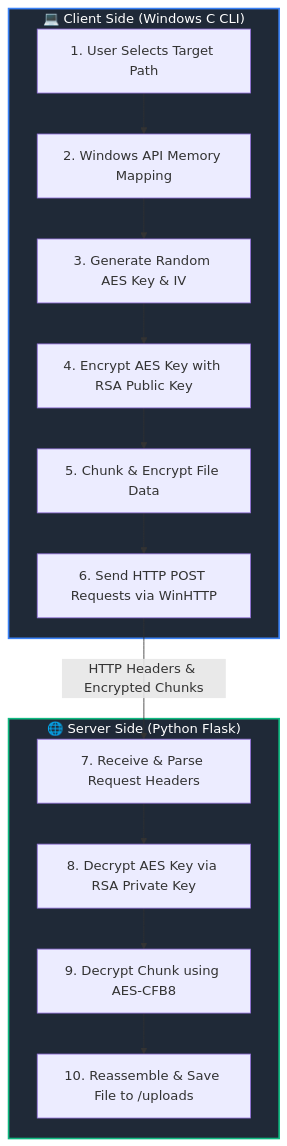
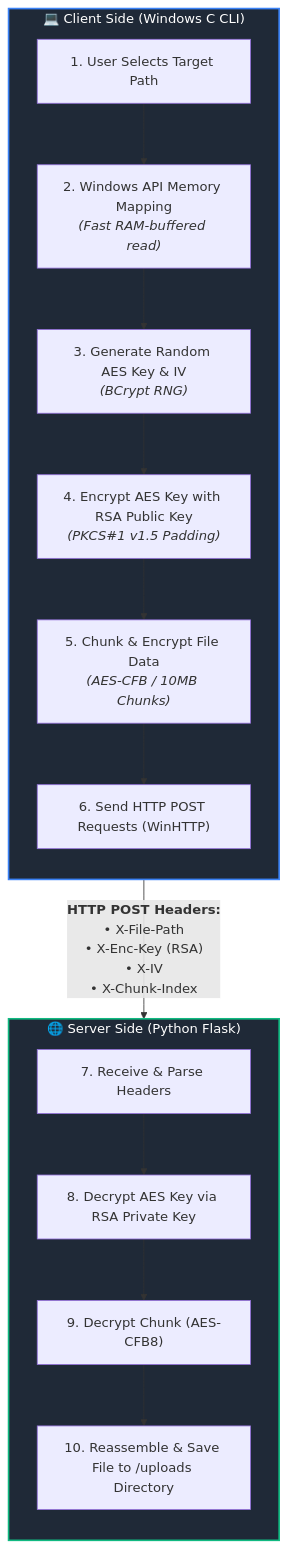
The diagram in README.md (0xErSHaD/IronBridge), drawn with Mermaid before and after one commit. The commit also changed other lines of this file, not shown here.

````diff
--- a/README.md
+++ b/README.md
@@ -21,20 +29,29 @@
 ```mermaid
 graph TD
     subgraph Client ["💻 Client Side (Windows C CLI)"]
-        A[1. User Selects Target Path] --> B[2. Windows API Memory Mapping]
-        B --> C[3. Generate Random AES Key & IV]
-        C --> D[4. Encrypt AES Key with RSA Public Key]
-        D --> E[5. Chunk & Encrypt File Data]
-        E --> F[6. Send HTTP POST Requests via WinHTTP]
+        direction TB
+        A["1. User Selects Target Path"]
+        B["2. Windows API Memory Mapping<br/><i>(Fast RAM-buffered read)</i>"]
+        C["3. Generate Random AES Key & IV<br/><i>(BCrypt RNG)</i>"]
+        D["4. Encrypt AES Key with RSA Public Key<br/><i>(PKCS#1 v1.5 Padding)</i>"]
+        E["5. Chunk & Encrypt File Data<br/><i>(AES-CFB / 10MB Chunks)</i>"]
+        F["6. Send HTTP POST Requests (WinHTTP)"]
+
+        A --> B --> C --> D --> E --> F
     end
 
     subgraph Server ["🌐 Server Side (Python Flask)"]
-        F -->|HTTP Headers & Encrypted Chunks| G[7. Receive & Parse Request Headers]
-        G --> H[8. Decrypt AES Key via RSA Private Key]
-        H --> I[9. Decrypt Chunk using AES-CFB8]
-        I --> J[10. Reassemble & Save File to /uploads]
+        direction TB
+        G["7. Receive & Parse Headers"]
+        H["8. Decrypt AES Key via RSA Private Key"]
+        I["9. Decrypt Chunk (AES-CFB8)"]
+        J["10. Reassemble & Save File to /uploads Directory"]
+
+        G --> H --> I --> J
     end
+
+    F -->|"<b>HTTP POST Headers:</b><br/>• X-File-Path<br/>• X-Enc-Key (RSA)<br/>• X-IV<br/>• X-Chunk-Index"| G
 
     style Client fill:#1f2937,stroke:#3b82f6,stroke-width:2px,color:#fff
     style Server fill:#1f2937,stroke:#10b981,stroke-width:2px,color:#fff
 ```
````
